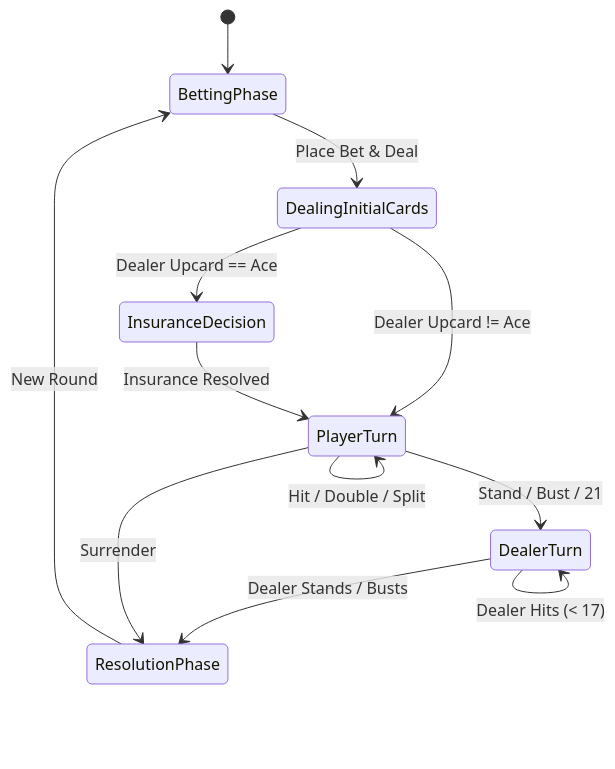
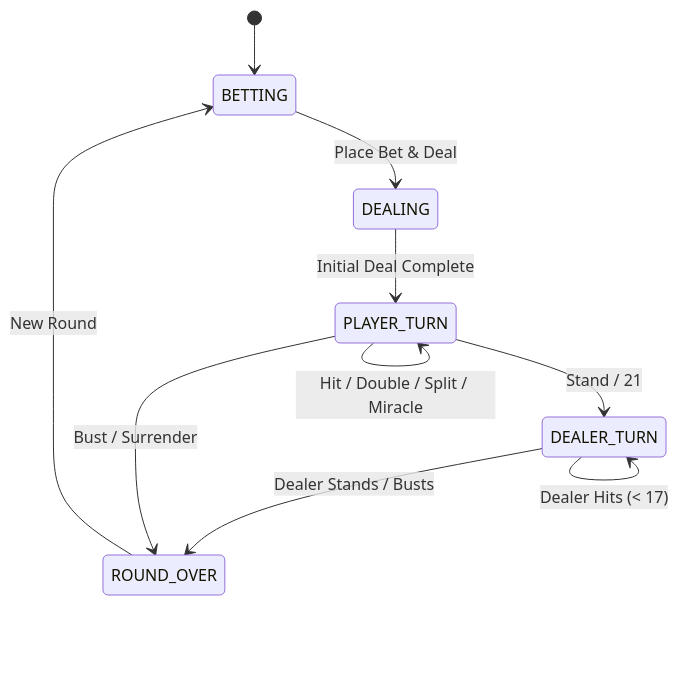
Before and after one commit to OldSnakey/blackjack: the fourth of 4 diagrams in docs/ARCHITECTURE_CRC.md, drawn with Mermaid. The commit also changed other lines of this file and 23 other files, not shown here.

````diff
--- a/docs/ARCHITECTURE_CRC.md
+++ b/docs/ARCHITECTURE_CRC.md
@@ -518,14 +502,12 @@
 ```mermaid
 stateDiagram-v2
-    [*] --> BettingPhase
-    BettingPhase --> DealingInitialCards : Place Bet & Deal
-    DealingInitialCards --> InsuranceDecision : Dealer Upcard == Ace
-    DealingInitialCards --> PlayerTurn : Dealer Upcard != Ace
-    InsuranceDecision --> PlayerTurn : Insurance Resolved
-    PlayerTurn --> PlayerTurn : Hit / Double / Split
-    PlayerTurn --> DealerTurn : Stand / Bust / 21
-    DealerTurn --> DealerTurn : Dealer Hits (< 17)
-    DealerTurn --> ResolutionPhase : Dealer Stands / Busts
-    PlayerTurn --> ResolutionPhase : Surrender
-    ResolutionPhase --> BettingPhase : New Round
+    [*] --> BETTING
+    BETTING --> DEALING : Place Bet & Deal
+    DEALING --> PLAYER_TURN : Initial Deal Complete
+    PLAYER_TURN --> PLAYER_TURN : Hit / Double / Split / Miracle
+    PLAYER_TURN --> DEALER_TURN : Stand / 21
+    DEALER_TURN --> DEALER_TURN : Dealer Hits (< 17)
+    DEALER_TURN --> ROUND_OVER : Dealer Stands / Busts
+    PLAYER_TURN --> ROUND_OVER : Bust / Surrender
+    ROUND_OVER --> BETTING : New Round
 ```
````
